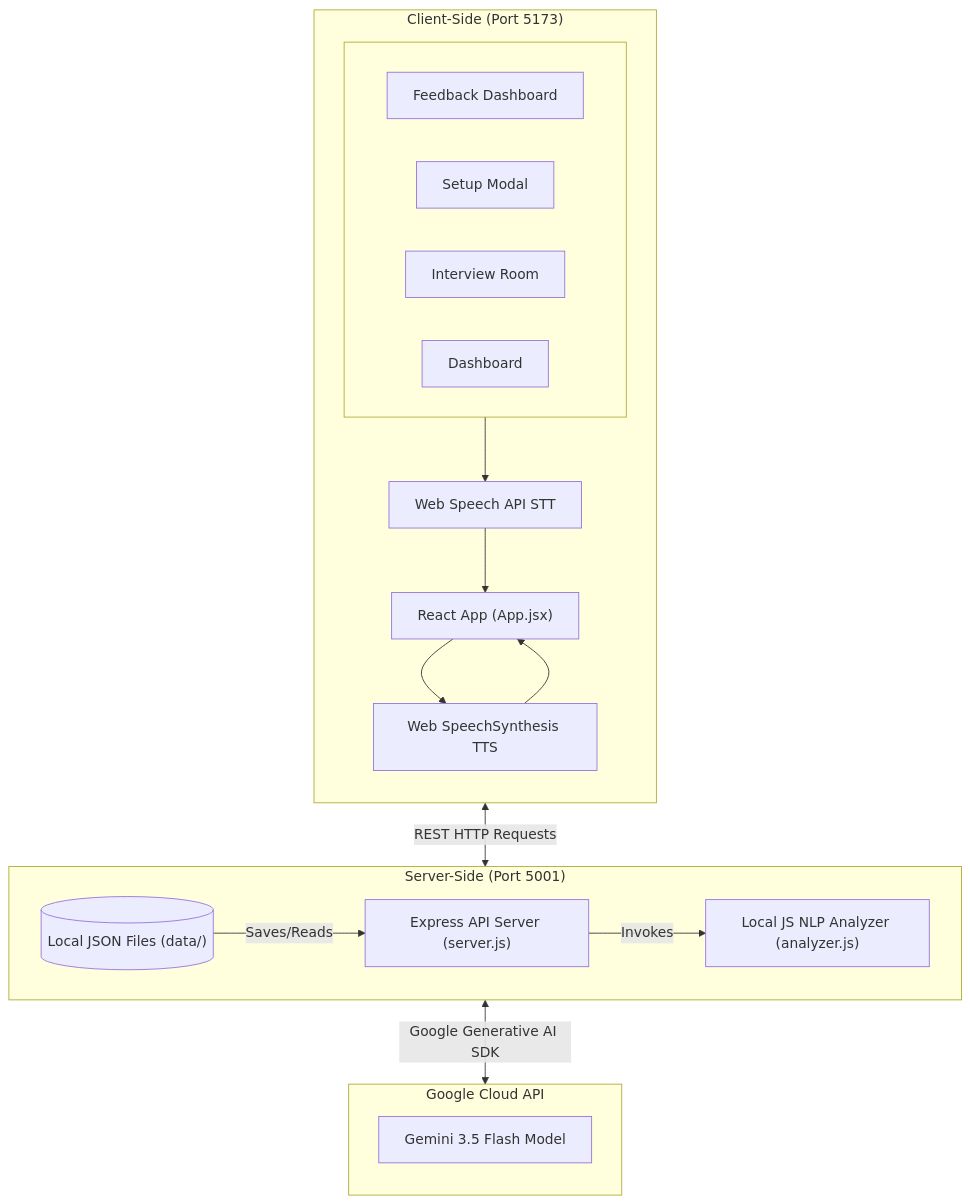
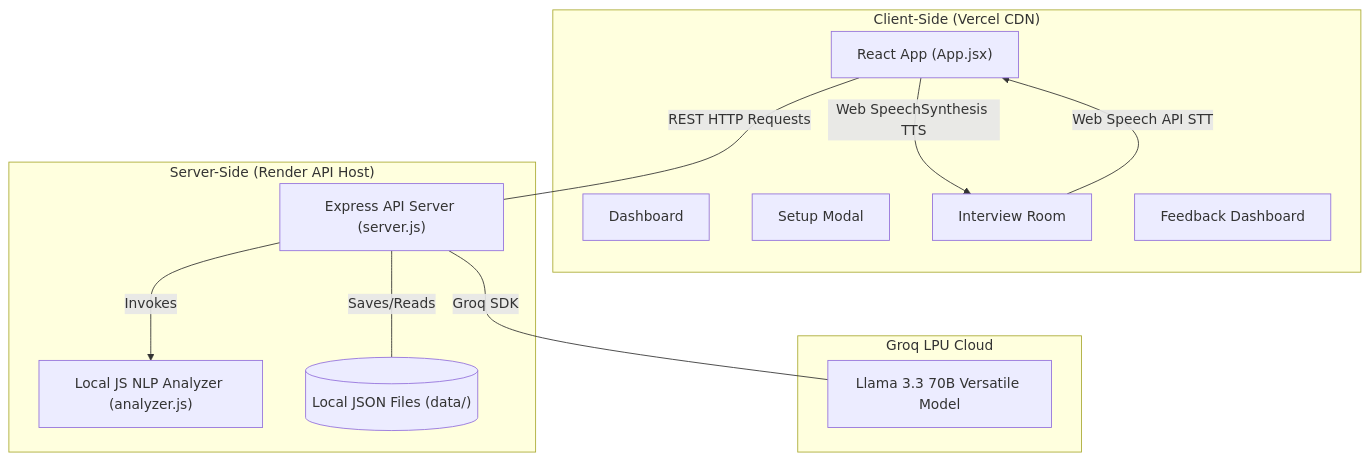
The diagram in README.md (shivapoloju/AI-Interview-Preparation-Assistant), drawn with Mermaid before and after one commit. The commit also changed other lines of this file and 1 other file, not shown here.

Commit message:
Update README.md with project logo and live Vercel link

````diff
--- a/README.md
+++ b/README.md
@@ -11,58 +21,29 @@
 ```mermaid
-flowchart TB
+graph TD
+    subgraph "Client-Side (Vercel CDN)"
+        A["React App (App.jsx)"]
+        A1["Dashboard"]
+        A2["Setup Modal"]
+        A3["Interview Room"]
+        A4["Feedback Dashboard"]
+        
+        A3 -->|"Web Speech API STT"| A
+        A -->|"Web SpeechSynthesis TTS"| A3
+    end
 
-%% ================= CLIENT =================
-subgraph CLIENT["Client-Side (Port 5173)"]
+    subgraph "Server-Side (Render API Host)"
+        B["Express API Server (server.js)"]
+        C["Local JS NLP Analyzer (analyzer.js)"]
+        D[("Local JSON Files (data/)")]
+        
+        B -->|Invokes| C
+        B ---|Saves/Reads| D
+    end
 
-direction TB
+    subgraph "Groq LPU Cloud"
+        E["Llama 3.3 70B Versatile Model"]
+    end
 
-subgraph UI[" "]
-direction LR
-FB["Feedback Dashboard"]
-SM["Setup Modal"]
-IR["Interview Room"]
-DB["Dashboard"]
-end
-
-STT["Web Speech API STT"]
-TTS["Web SpeechSynthesis TTS"]
-
-APP["React App (App.jsx)"]
-
-IR --> STT
-APP --> TTS
-
-STT --> APP
-TTS --> APP
-
-end
-
-%% ================= SERVER =================
-subgraph SERVER["Server-Side (Port 5001)"]
-
-direction TB
-
-API["Express API Server (server.js)"]
-
-direction LR
-
-JSON[("Local JSON Files (data/)")]
-NLP["Local JS NLP Analyzer (analyzer.js)"]
-
-JSON -->|Saves/Reads| API
-API -->|Invokes| NLP
-
-end
-
-%% ================= GOOGLE =================
-subgraph GOOGLE["Google Cloud API"]
-
-direction TB
-
-GEMINI["Gemini 3.5 Flash Model"]
-
-end
-
-APP <-->|REST HTTP Requests| API
-API <-->|Google Generative AI SDK| GEMINI
+    A ---|"REST HTTP Requests"| B
+    B ---|"Groq SDK"| E
 ```
````
